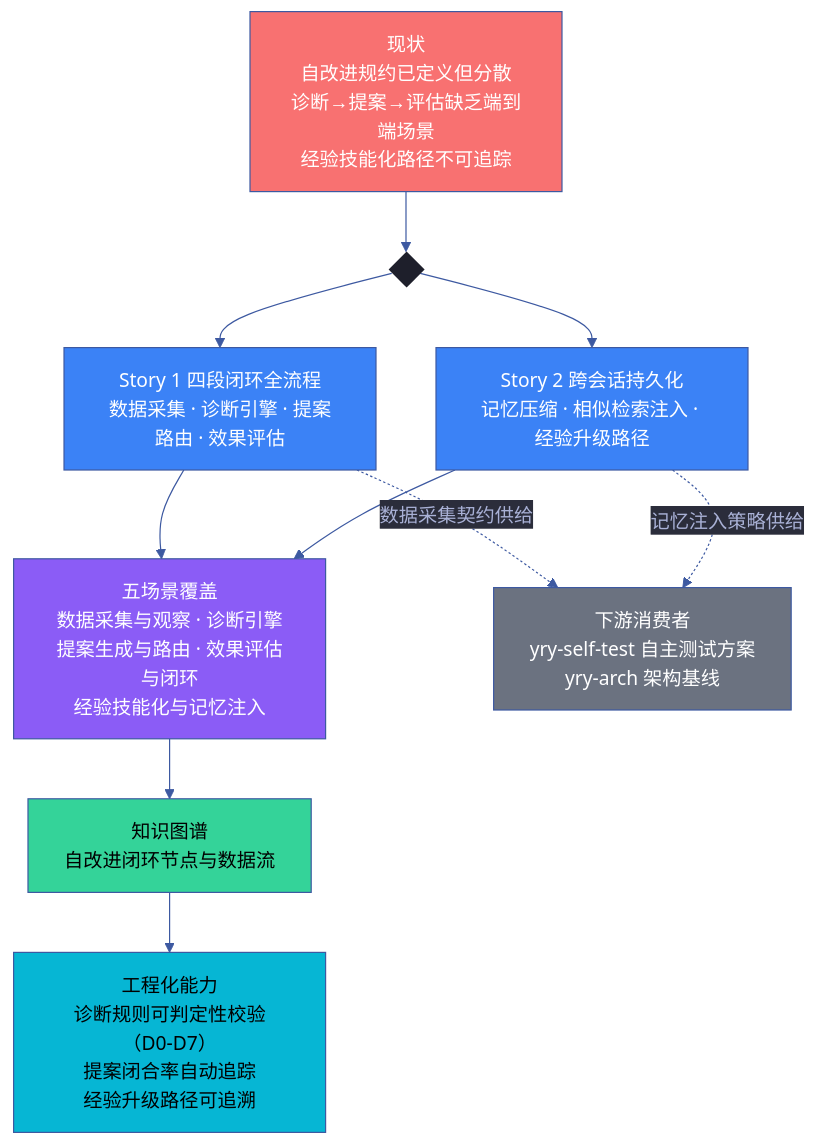
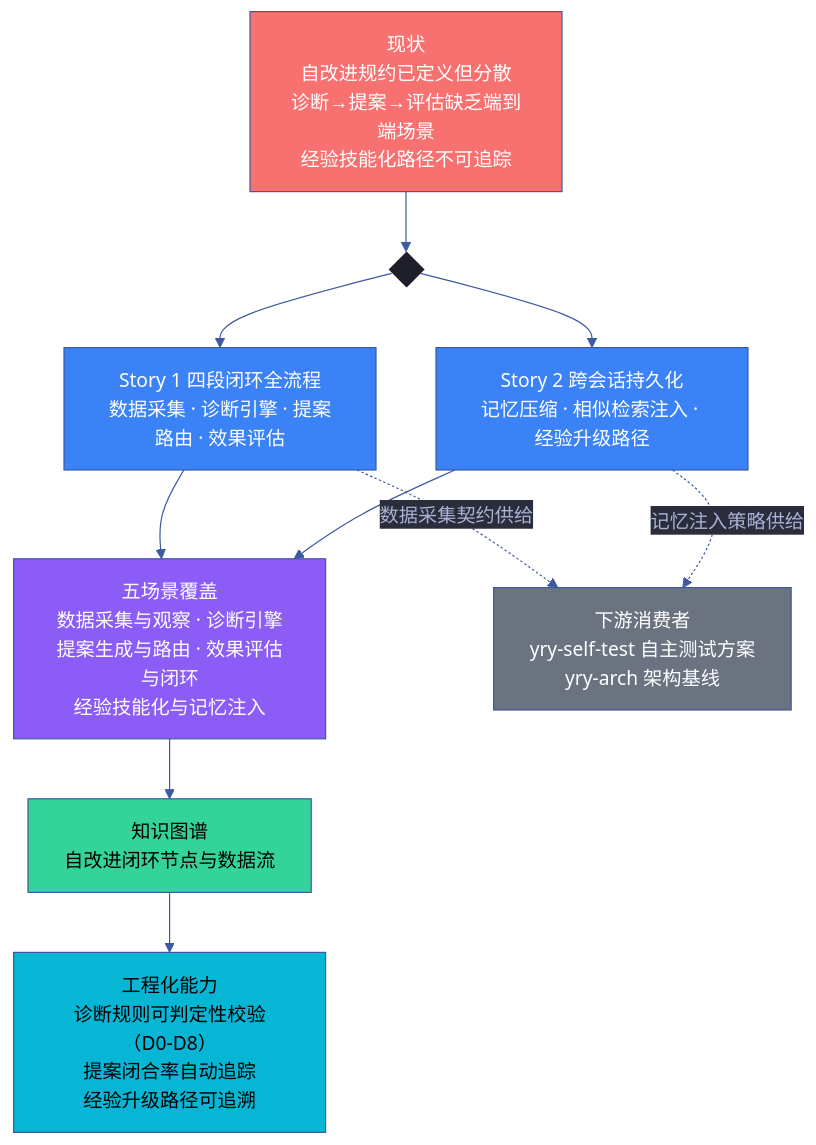
Before and after one commit to effiy/YrY: the first of 7 diagrams in cdn/yry-selfimprove-panel/scenes/故事任务.md, drawn with Mermaid. The commit also changed other lines of this file and 1028 other files, not shown here.

````diff
--- a/cdn/yry-selfimprove-panel/scenes/故事任务.md
+++ b/cdn/yry-selfimprove-panel/scenes/故事任务.md
@@ -21,35 +22,35 @@
 ```mermaid
 %%{init: {'theme': 'base', 'themeVariables': {
   'primaryColor': '#1e1f2b',
   'primaryTextColor': '#a9b1d6',
   'primaryBorderColor': '#3d59a1',
   'lineColor': '#3d59a1',
   'secondaryColor': '#2b2d3b',
   'tertiaryColor': '#21232f'
 }}}%%
 flowchart TD
     NOW["现状\n自改进规约已定义但分散\n诊断→提案→评估缺乏端到端场景\n经验技能化路径不可追踪"]:::pain
 
     NOW --> SPLIT{ }:::split
 
     SPLIT --> S1["Story 1 四段闭环全流程\n数据采集 · 诊断引擎 · 提案路由 · 效果评估"]:::story
     SPLIT --> S2["Story 2 跨会话持久化\n记忆压缩 · 相似检索注入 · 经验升级路径"]:::story
 
     S1 --> SCENES["五场景覆盖\n数据采集与观察 · 诊断引擎\n提案生成与路由 · 效果评估与闭环\n经验技能化与记忆注入"]:::scene
     S2 --> SCENES
 
     SCENES --> KG["知识图谱\n自改进闭环节点与数据流"]:::kg
 
-    KG --> ENGINEER["工程化能力\n诊断规则可判定性校验（D0-D7）\n提案闭合率自动追踪\n经验升级路径可追溯"]:::engineer
+    KG --> ENGINEER["工程化能力\n诊断规则可判定性校验（D0-D8）\n提案闭合率自动追踪\n经验升级路径可追溯"]:::engineer
 
     S1 -.->|"数据采集契约供给"| CONSUMER["下游消费者\nyry-self-test 自主测试方案<br/>yry-arch 架构基线"]:::consumer
     S2 -.->|"记忆注入策略供给"| CONSUMER
 
     classDef pain fill:#f87171,color:#fff
     classDef split fill:#1e1f2b,stroke:none,color:#1e1f2b
     classDef story fill:#3B82F6,color:#fff
     classDef scene fill:#8B5CF6,color:#fff
     classDef kg fill:#34d399,color:#000
     classDef engineer fill:#06b6d4,color:#000
     classDef consumer fill:#6B7280,color:#fff
 ```
````
